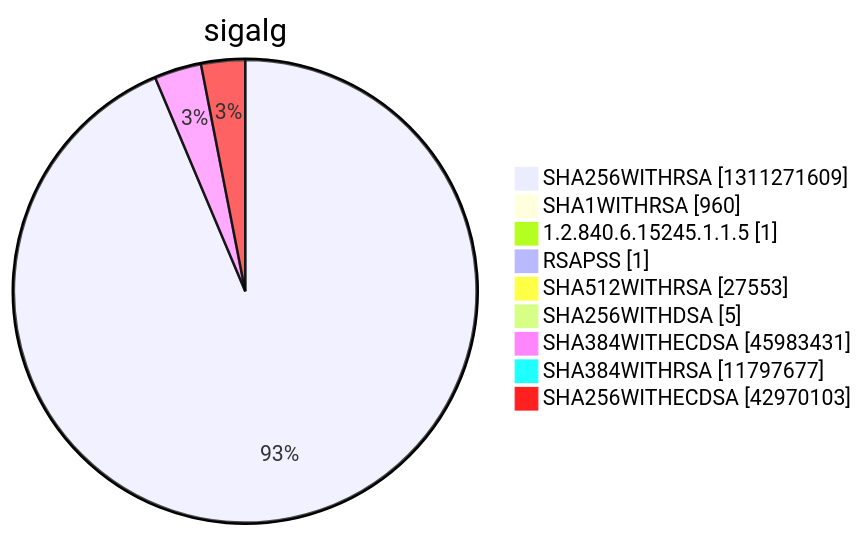
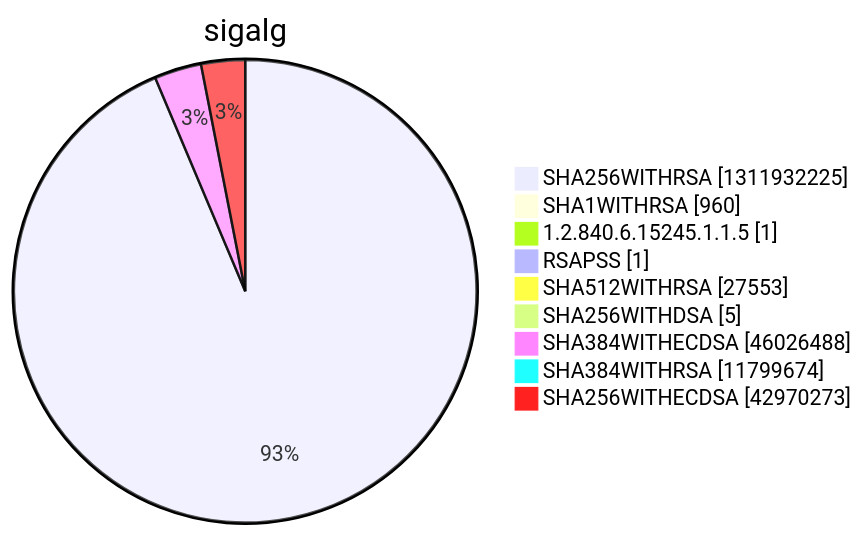
Diagram 15 of 15 in argon2022/README.md (christiankrug/ctmonitor_visualization), drawn with Mermaid before and after one commit. The commit also changed other lines of this file, not shown here.

````diff
--- a/argon2022/README.md
+++ b/argon2022/README.md
@@ -5523,13 +5523,13 @@
 ```mermaid
 pie showData
 title sigalg
-"SHA256WITHRSA" :1311271609
+"SHA256WITHRSA" :1311932225
 "SHA1WITHRSA" :960
 "1.2.840.6.15245.1.1.5" :1
 "RSAPSS" :1
 "SHA512WITHRSA" :27553
 "SHA256WITHDSA" :5
-"SHA384WITHECDSA" :45983431
-"SHA384WITHRSA" :11797677
-"SHA256WITHECDSA" :42970103
+"SHA384WITHECDSA" :46026488
+"SHA384WITHRSA" :11799674
+"SHA256WITHECDSA" :42970273
 ```
````
